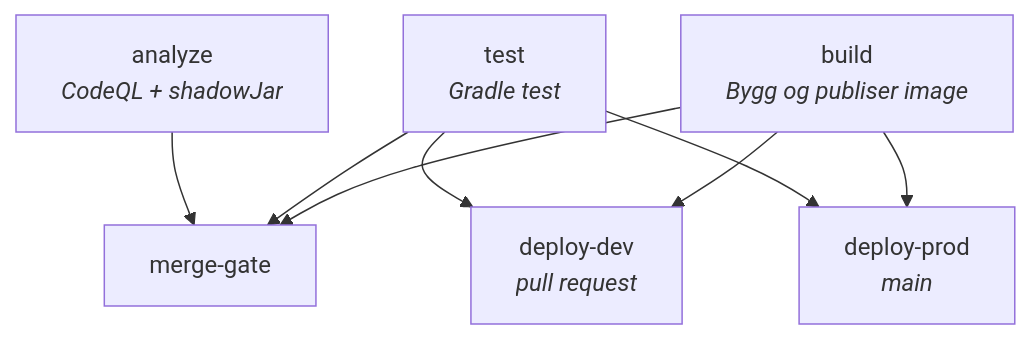
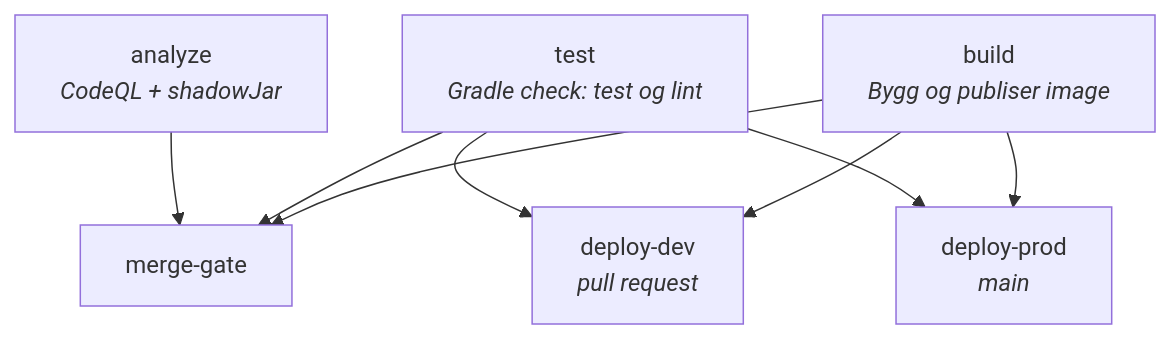
Before and after one commit to navikt/teamesyfo-github-actions-workflows: the diagram in docs/jvm-app.md, drawn with Mermaid. The commit also changed other lines of this file and 1 other file, not shown here.

Commit message:
Kjør Gradle check i jar-app-workflowen (#267)
Closes #266

````diff
--- a/docs/jvm-app.md
+++ b/docs/jvm-app.md
@@ -32,13 +32,13 @@
 ```mermaid
 flowchart TD
     A[analyze<br><i>CodeQL + shadowJar</i>]
-    B[test<br><i>Gradle test</i>]
+    B[test<br><i>Gradle check: test og lint</i>]
     C[build<br><i>Bygg og publiser image</i>]
     A --> D[merge-gate]
     B --> D
     C --> D
     B --> E[deploy-dev<br><i>pull request</i>]
     C --> E
     B --> F[deploy-prod<br><i>main</i>]
     C --> F
 ```
````
